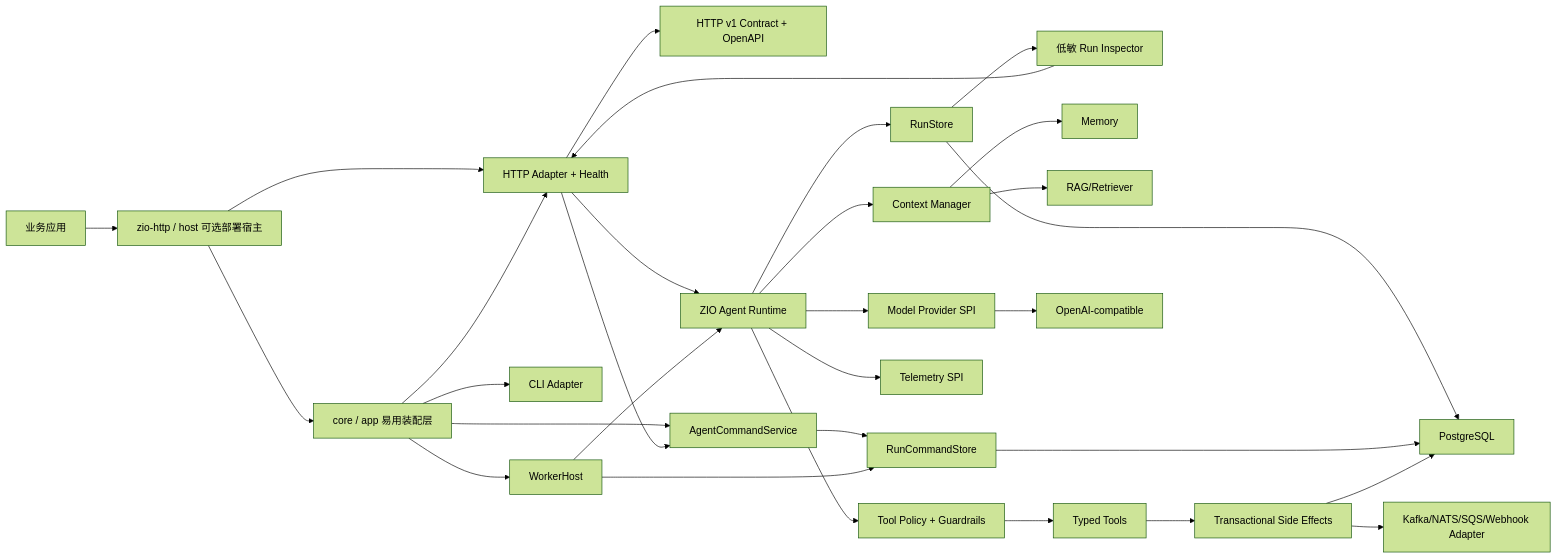
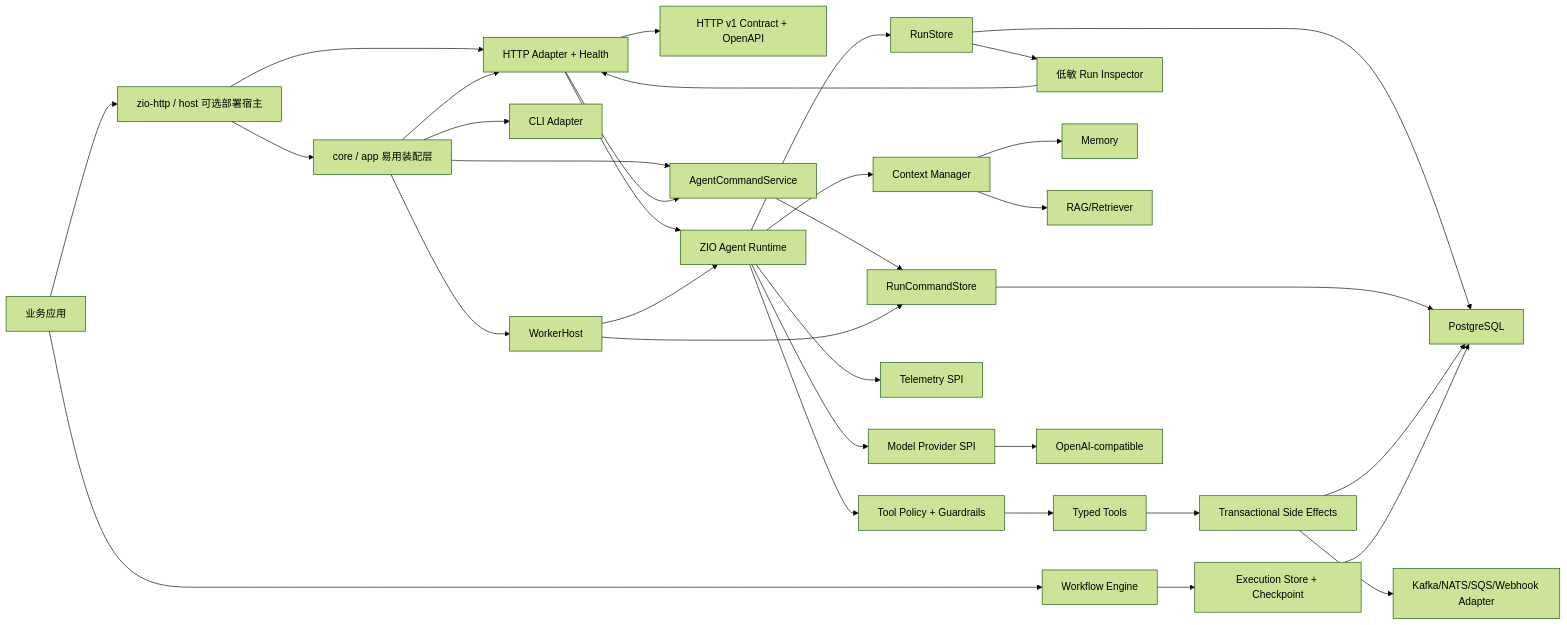
The first of 2 diagrams in docs/architecture.md (zyblw/zyblw-agent), drawn with Mermaid (forest theme) before and after one commit. The commit also changed other lines of this file and 23 other files, not shown here.

Commit message:
feat: add durable workflow execution ledger

````diff
--- a/docs/architecture.md
+++ b/docs/architecture.md
@@ -35,32 +35,35 @@
 ```mermaid
 flowchart LR
   Business[业务应用] --> Host[zio-http / host 可选部署宿主]
+  Business --> Workflow[Workflow Engine]
   Host --> App[core / app 易用装配层]
   Host --> HTTP[HTTP Adapter + Health]
   HTTP --> Contract[HTTP v1 Contract + OpenAPI]
   App --> CLI[CLI Adapter]
   App --> HTTP
   App --> Control[AgentCommandService]
   App --> Scheduler[WorkerHost]
   HTTP --> Control
   HTTP --> Runtime[ZIO Agent Runtime]
   Runtime --> Context[Context Manager]
   Runtime --> Provider[Model Provider SPI]
   Runtime --> Policy[Tool Policy + Guardrails]
   Runtime --> Store[RunStore]
   Store --> Inspector[低敏 Run Inspector]
   Inspector --> HTTP
   Runtime --> Telemetry[Telemetry SPI]
   Context --> Memory[Memory]
   Context --> RAG[RAG/Retriever]
   Policy --> Tools[Typed Tools]
   Tools --> Effects[Transactional Side Effects]
   Provider --> OpenAI[OpenAI-compatible]
   Store --> PostgreSQL[PostgreSQL]
   Control --> Queue[RunCommandStore]
   Scheduler --> Runtime
   Scheduler --> Queue
   Queue --> PostgreSQL
   Effects --> PostgreSQL
   Effects --> Transport[Kafka/NATS/SQS/Webhook Adapter]
+  Workflow --> WorkflowStore[Execution Store + Checkpoint]
+  WorkflowStore --> PostgreSQL
 ```
````
